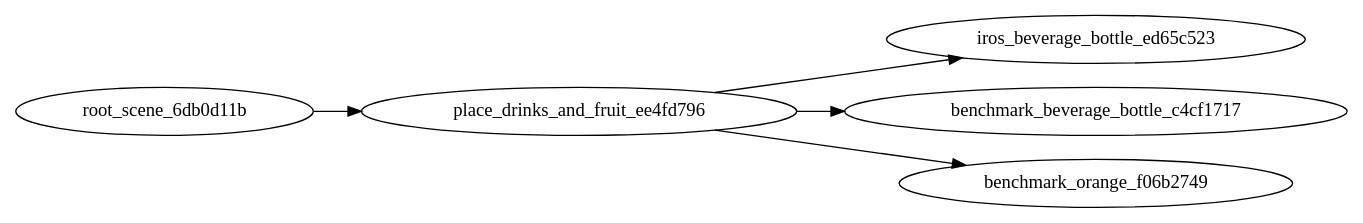
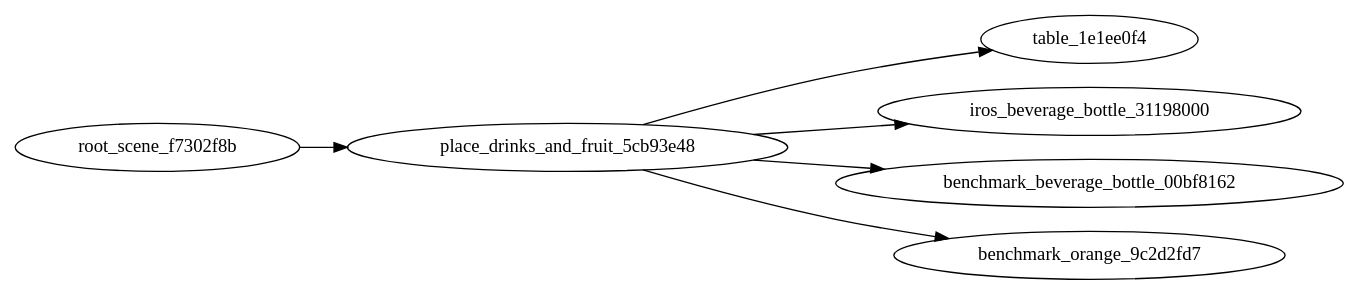
The diagram in source/geniesim/benchmark/config/llm_task/straighten_object/2/graph.dot (bodongiee/genie_sim_workplace), drawn with Graphviz before and after one commit. The commit also changed 568 other files, not shown here.

```diff
--- a/source/geniesim/benchmark/config/llm_task/straighten_object/2/graph.dot
+++ b/source/geniesim/benchmark/config/llm_task/straighten_object/2/graph.dot
@@ -1,10 +1,12 @@
 strict digraph "" {
 	graph [rankdir=LR];
-	root_scene_6db0d11b -> place_drinks_and_fruit_ee4fd796;
-	iros_beverage_bottle_ed65c523	[tags="['sprite', 'beverage', 'bottle', 'drink', 'right']"];
-	place_drinks_and_fruit_ee4fd796 -> iros_beverage_bottle_ed65c523;
-	benchmark_beverage_bottle_c4cf1717	[tags="['fanta', 'beverage', 'bottle', 'drink', 'right']"];
-	place_drinks_and_fruit_ee4fd796 -> benchmark_beverage_bottle_c4cf1717;
-	benchmark_orange_f06b2749	[tags="['orange', 'fruit', 'healthy', 'snack', 'left']"];
-	place_drinks_and_fruit_ee4fd796 -> benchmark_orange_f06b2749;
+	root_scene_f7302f8b -> place_drinks_and_fruit_5cb93e48;
+	table_1e1ee0f4	[tags="['minimalist_table', 'white', 'furniture', 'center']"];
+	place_drinks_and_fruit_5cb93e48 -> table_1e1ee0f4;
+	iros_beverage_bottle_31198000	[tags="['sprite', 'beverage', 'bottle', 'drink', 'right']"];
+	place_drinks_and_fruit_5cb93e48 -> iros_beverage_bottle_31198000;
+	benchmark_beverage_bottle_00bf8162	[tags="['coke cola', 'beverage', 'bottle', 'drink', 'left']"];
+	place_drinks_and_fruit_5cb93e48 -> benchmark_beverage_bottle_00bf8162;
+	benchmark_orange_9c2d2fd7	[tags="['orange', 'fruit', 'healthy', 'snack', 'right']"];
+	place_drinks_and_fruit_5cb93e48 -> benchmark_orange_9c2d2fd7;
 }
```
